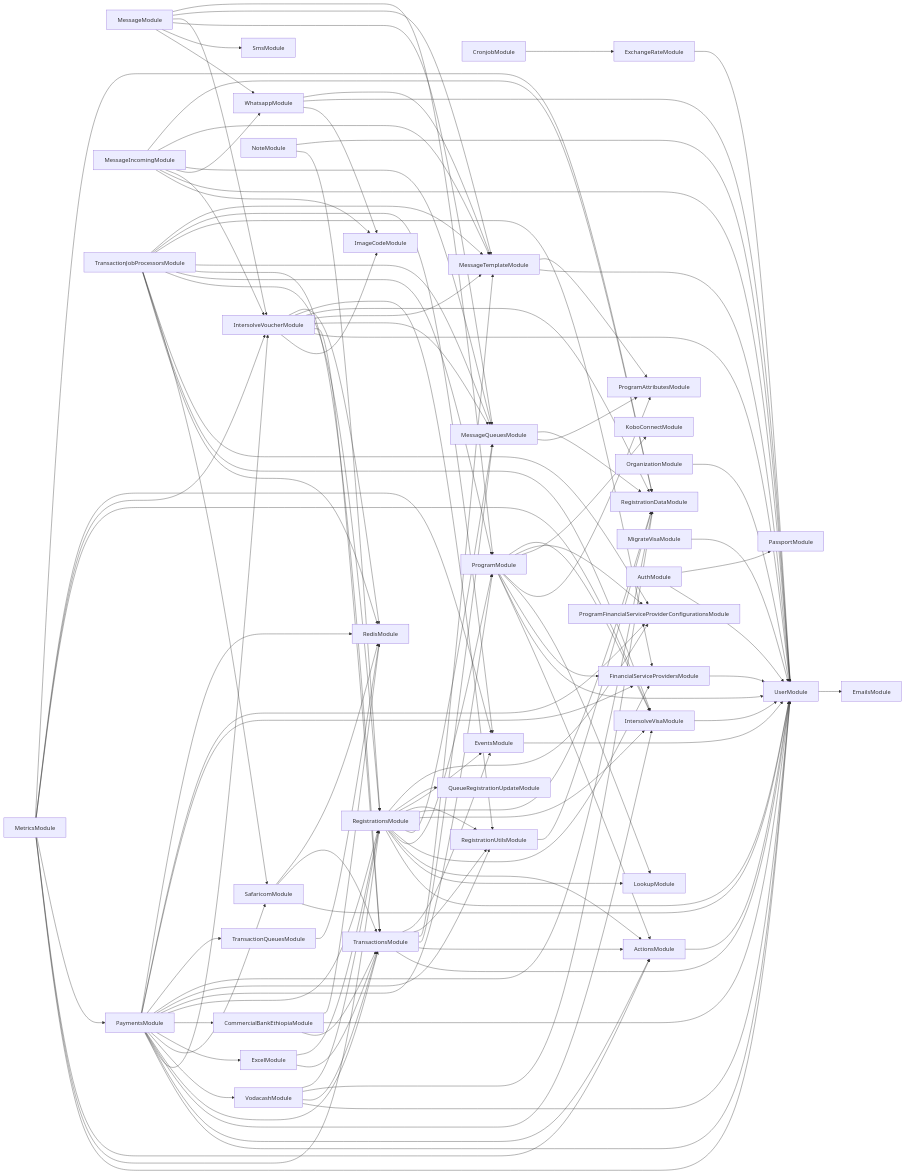
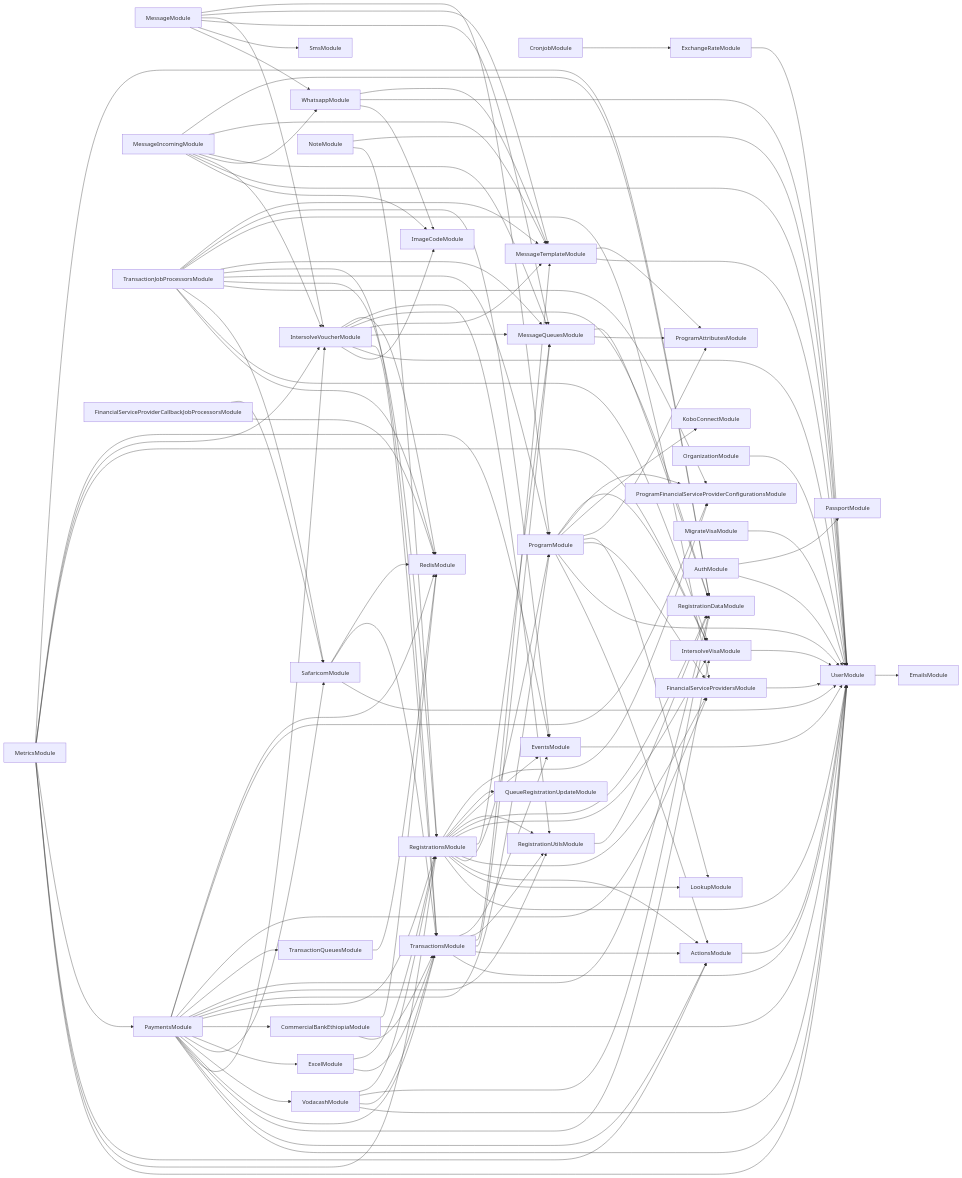
The diagram in services/121-service/module-dependencies.md (global-121/121-platform), drawn with Mermaid before and after one commit. The commit also changed 14 other files, not shown here.

First line of the commit message:
Feat.safaricom callback (#5756)

````diff
--- a/services/121-service/module-dependencies.md
+++ b/services/121-service/module-dependencies.md
@@ -119,4 +119,6 @@
   TransactionJobProcessorsModule-->FinancialServiceProvidersModule
   TransactionJobProcessorsModule-->EventsModule
   TransactionJobProcessorsModule-->MessageTemplateModule
+  FinancialServiceProviderCallbackJobProcessorsModule-->RedisModule
+  FinancialServiceProviderCallbackJobProcessorsModule-->SafaricomModule
 ```
````
